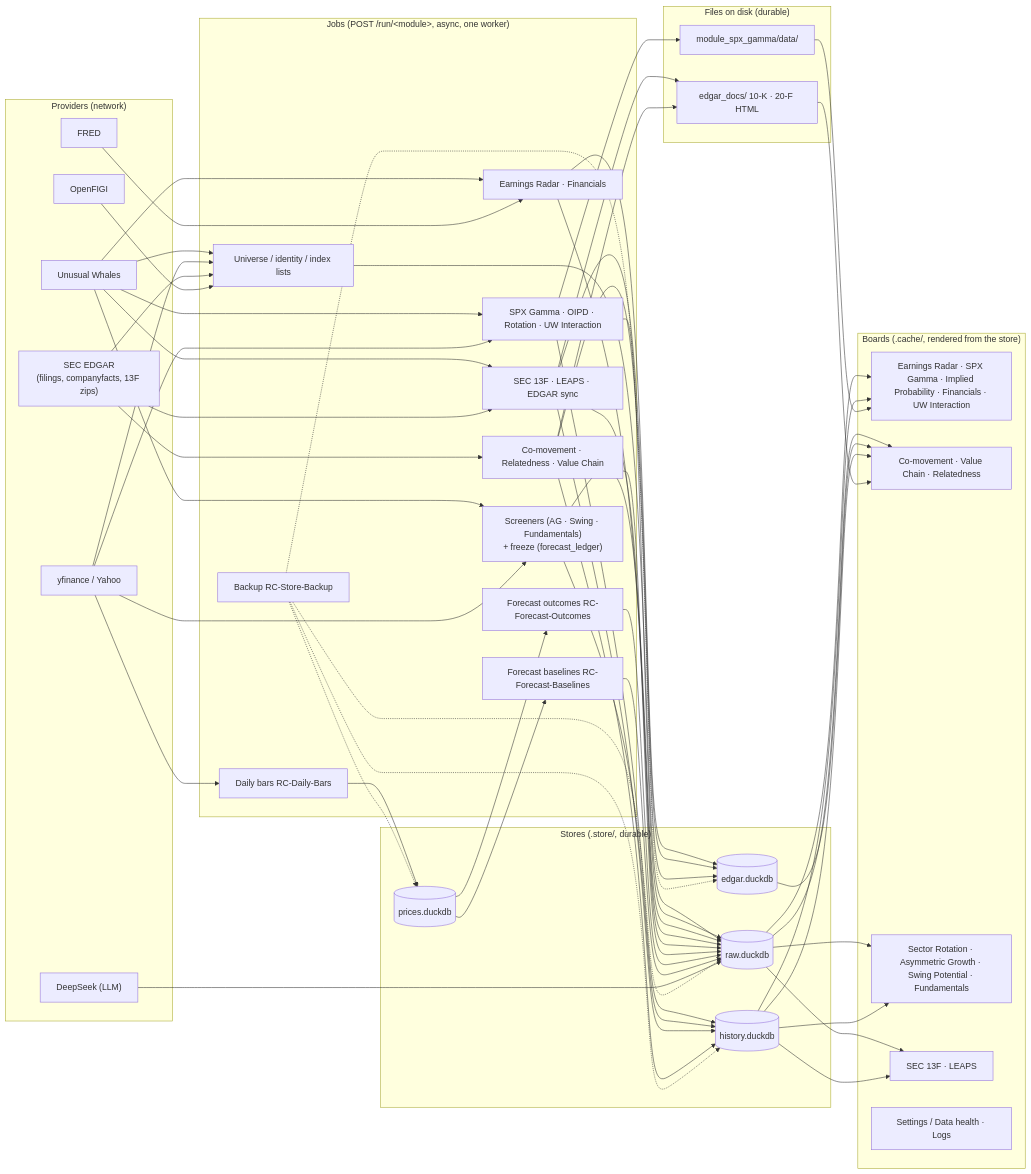
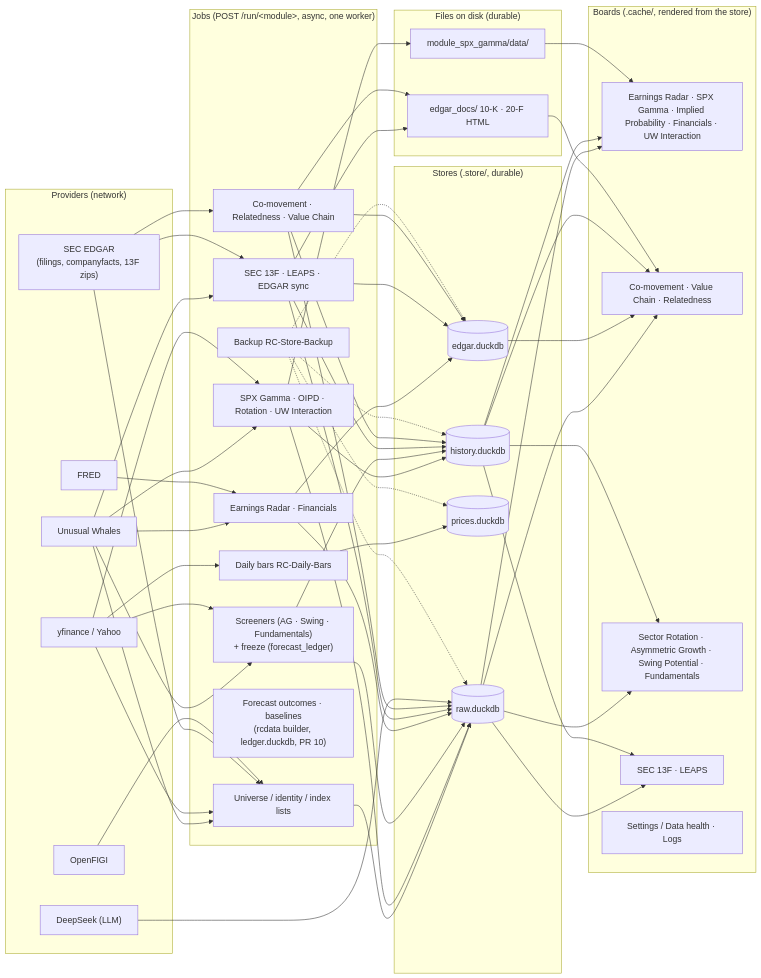
Before and after one commit to alsanvolkan/RevenueChaser-public: the diagram in docs/system_map.md, drawn with Mermaid. The commit also changed other lines of this file and 32 other files, not shown here.

First line of the commit message:
forecast_outcomes and forecast_baselines become builder datasets of the ledger kind

````diff
--- a/docs/system_map.md
+++ b/docs/system_map.md
@@ -81,71 +81,66 @@
 ```mermaid
 flowchart LR
     subgraph providers["Providers (network)"]
         UW["Unusual Whales"]
         YF["yfinance / Yahoo"]
         SEC["SEC EDGAR<br/>(filings, companyfacts, 13F zips)"]
         FRED["FRED"]
         OF["OpenFIGI"]
         DS["DeepSeek (LLM)"]
     end
 
     subgraph jobs["Jobs (POST /run/&lt;module&gt;, async, one worker)"]
         UNI["Universe / identity / index lists"]
         MKT["SPX Gamma · OIPD · Rotation · UW Interaction"]
         SCR["Screeners (AG · Swing · Fundamentals)<br/>+ freeze (forecast_ledger)"]
         ERN["Earnings Radar · Financials"]
         OWN["SEC 13F · LEAPS · EDGAR sync"]
         COM["Co-movement · Relatedness · Value Chain"]
         BAR["Daily bars RC-Daily-Bars"]
-        OUT["Forecast outcomes RC-Forecast-Outcomes"]
-        BAS["Forecast baselines RC-Forecast-Baselines"]
+        OUT["Forecast outcomes · baselines<br/>(rcdata builder, ledger.duckdb, PR 10)"]
         BAK["Backup RC-Store-Backup"]
     end
 
     subgraph stores["Stores (.store/, durable)"]
         RAW[("raw.duckdb")]
         EDGAR[("edgar.duckdb")]
         PRICES[("prices.duckdb")]
         HIST[("history.duckdb")]
     end
 
     subgraph files["Files on disk (durable)"]
         EDOCS["edgar_docs/ 10-K · 20-F HTML"]
         SPXTREE["module_spx_gamma/data/"]
     end
 
     subgraph boards["Boards (.cache/, rendered from the store)"]
         B_RESEARCH["Earnings Radar · SPX Gamma · Implied Probability · Financials · UW Interaction"]
         B_CLASS["Co-movement · Value Chain · Relatedness"]
         B_SCREEN["Sector Rotation · Asymmetric Growth · Swing Potential · Fundamentals"]
         B_OWN["SEC 13F · LEAPS"]
         B_OPS["Settings / Data health · Logs"]
     end
 
     UW --> MKT & SCR & ERN & OWN & UNI
     YF --> UNI & MKT & SCR & BAR
     SEC --> OWN & UNI & COM
     FRED --> ERN
     OF --> UNI
 
     UNI --> RAW
     MKT --> RAW & SPXTREE & HIST
     SCR --> RAW & HIST
     ERN --> RAW & EDGAR
     OWN --> RAW & EDGAR & EDOCS & HIST
     COM --> RAW & EDGAR & EDOCS & HIST
     BAR --> PRICES
-    OUT --> RAW
-    BAS --> RAW
     DS --> RAW
 
     RAW --> B_RESEARCH & B_CLASS & B_SCREEN & B_OWN
     EDGAR --> B_CLASS
-    PRICES --> OUT
-    PRICES --> BAS
     HIST --> B_RESEARCH & B_CLASS & B_SCREEN & B_OWN
     EDOCS --> B_CLASS
     SPXTREE --> B_RESEARCH
 
     BAK -.-> RAW & EDGAR & PRICES & HIST
 ```
````
